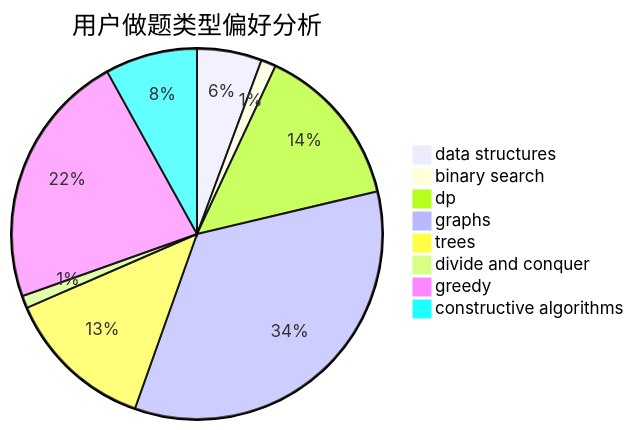
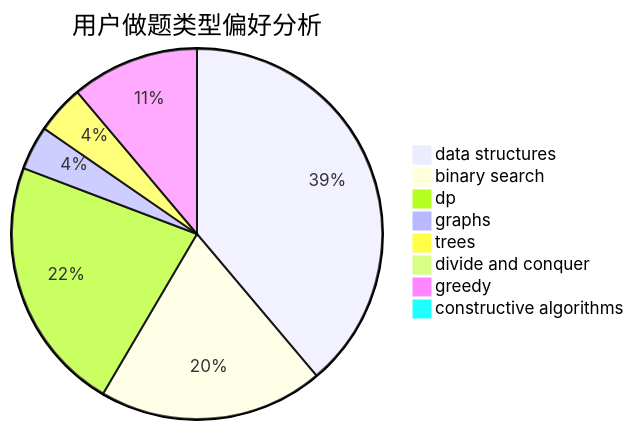
One commit to sherpahu/cfrs.github.io changed the second of 3 diagrams in docs/user/u746.md. Above: the diagram before and after it, drawn with Mermaid. The commit also changed other lines of this file and 2770 other files, not shown here.

````diff
--- a/docs/user/u746.md
+++ b/docs/user/u746.md
@@ -23,11 +23,11 @@
 ```mermaid
 pie title 用户做题类型偏好分析
-    "data structures" :  26
-    "binary search" :  6
-    "dp" :  66
-    "graphs" :  157
-    "trees" :  60
-    "divide and conquer" :  5
-    "greedy" :  103
-    "constructive algorithms" :  37
+    "data structures" :  101
+    "binary search" :  51
+    "dp" :  58
+    "graphs" :  10
+    "trees" :  11
+    "divide and conquer" :  0
+    "greedy" :  29
+    "constructive algorithms" :  0
 ```
````
